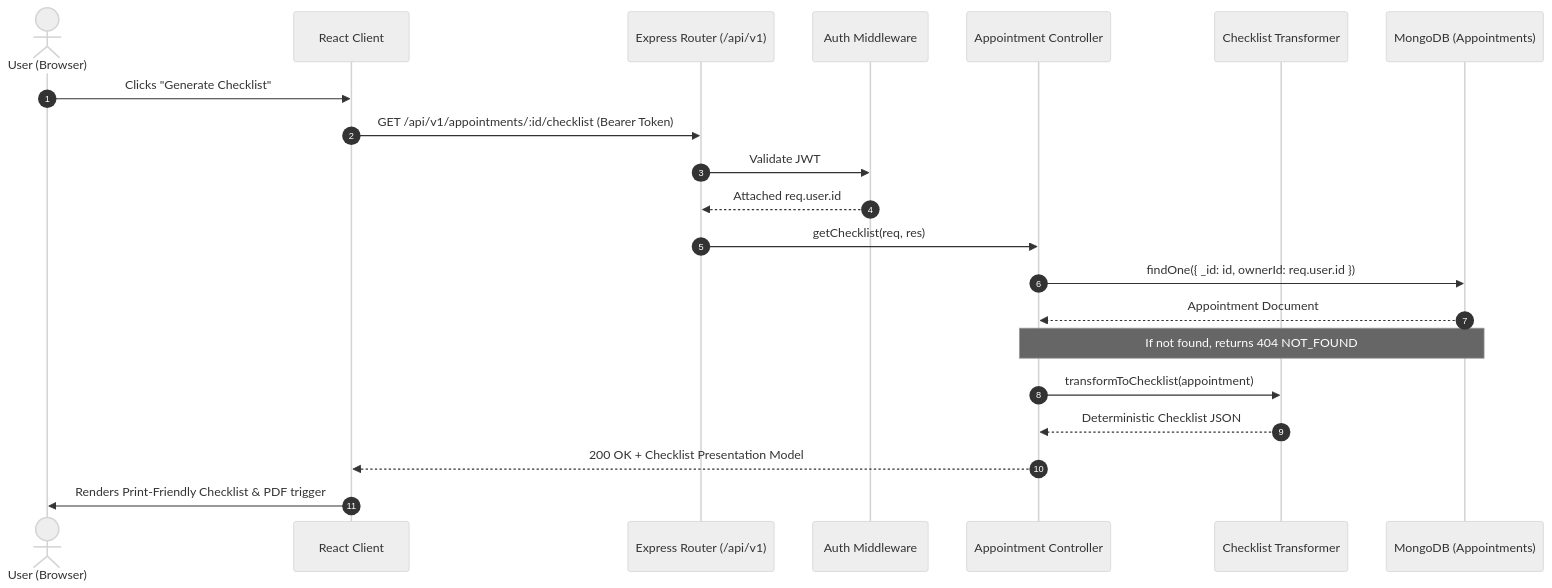
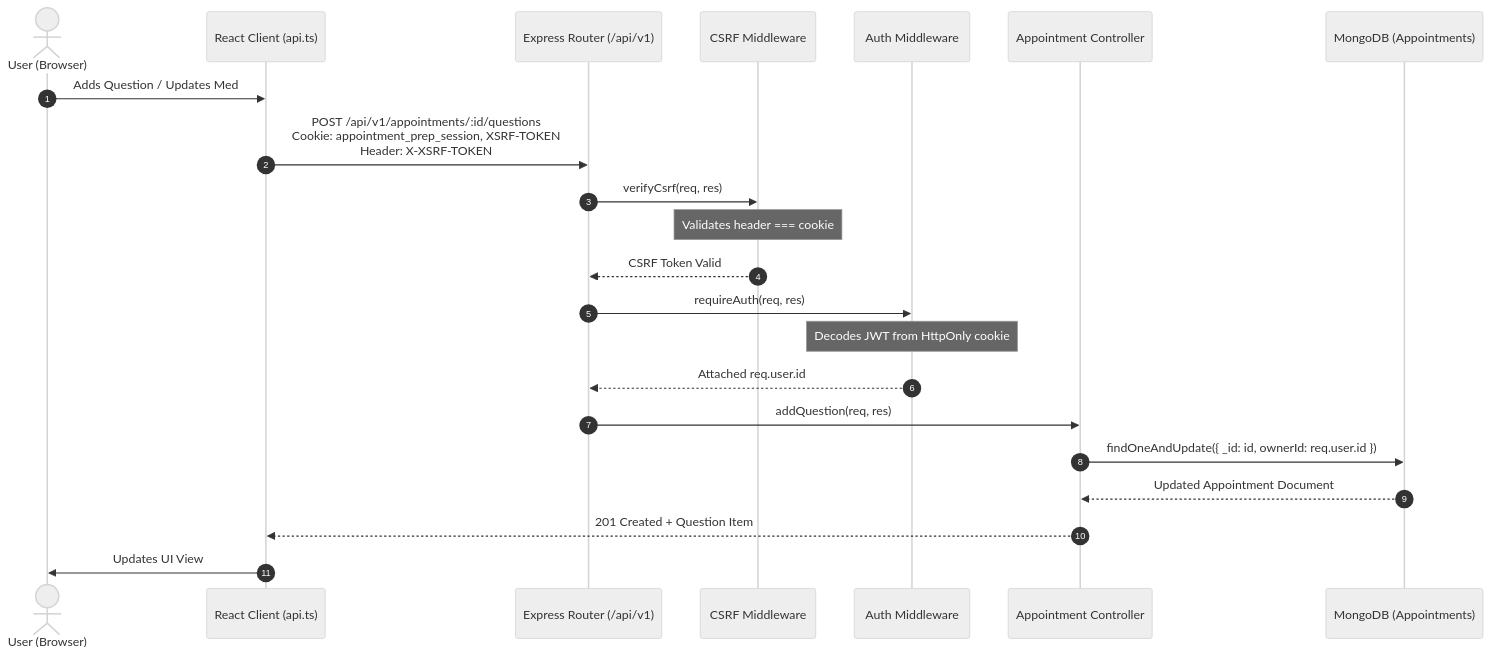
Before and after one commit to saagnik23/appointment-prep: the diagram in docs/ARCHITECTURE.md, drawn with Mermaid (neutral theme). The commit also changed other lines of this file and 82 other files, not shown here.

````diff
--- a/docs/ARCHITECTURE.md
+++ b/docs/ARCHITECTURE.md
@@ -40,24 +44,25 @@
 ```mermaid
 sequenceDiagram
     autonumber
     actor Patient as User (Browser)
-    participant Client as React Client
+    participant Client as React Client (api.ts)
     participant API as Express Router (/api/v1)
+    participant CSRF as CSRF Middleware
     participant Auth as Auth Middleware
     participant Controller as Appointment Controller
-    participant Service as Checklist Transformer
     participant DB as MongoDB (Appointments)
 
-    Patient->>Client: Clicks "Generate Checklist"
-    Client->>API: GET /api/v1/appointments/:id/checklist (Bearer Token)
-    API->>Auth: Validate JWT
+    Patient->>Client: Adds Question / Updates Med
+    Client->>API: POST /api/v1/appointments/:id/questions<br/>Cookie: appointment_prep_session, XSRF-TOKEN<br/>Header: X-XSRF-TOKEN
+    API->>CSRF: verifyCsrf(req, res)
+    Note over CSRF: Validates header === cookie
+    CSRF-->>API: CSRF Token Valid
+    API->>Auth: requireAuth(req, res)
+    Note over Auth: Decodes JWT from HttpOnly cookie
     Auth-->>API: Attached req.user.id
-    API->>Controller: getChecklist(req, res)
-    Controller->>DB: findOne({ _id: id, ownerId: req.user.id })
-    DB-->>Controller: Appointment Document
-    Note over Controller,DB: If not found, returns 404 NOT_FOUND
-    Controller->>Service: transformToChecklist(appointment)
-    Service-->>Controller: Deterministic Checklist JSON
-    Controller-->>Client: 200 OK + Checklist Presentation Model
-    Client->>Patient: Renders Print-Friendly Checklist & PDF trigger
+    API->>Controller: addQuestion(req, res)
+    Controller->>DB: findOneAndUpdate({ _id: id, ownerId: req.user.id })
+    DB-->>Controller: Updated Appointment Document
+    Controller-->>Client: 201 Created + Question Item
+    Client->>Patient: Updates UI View
 ```
````
